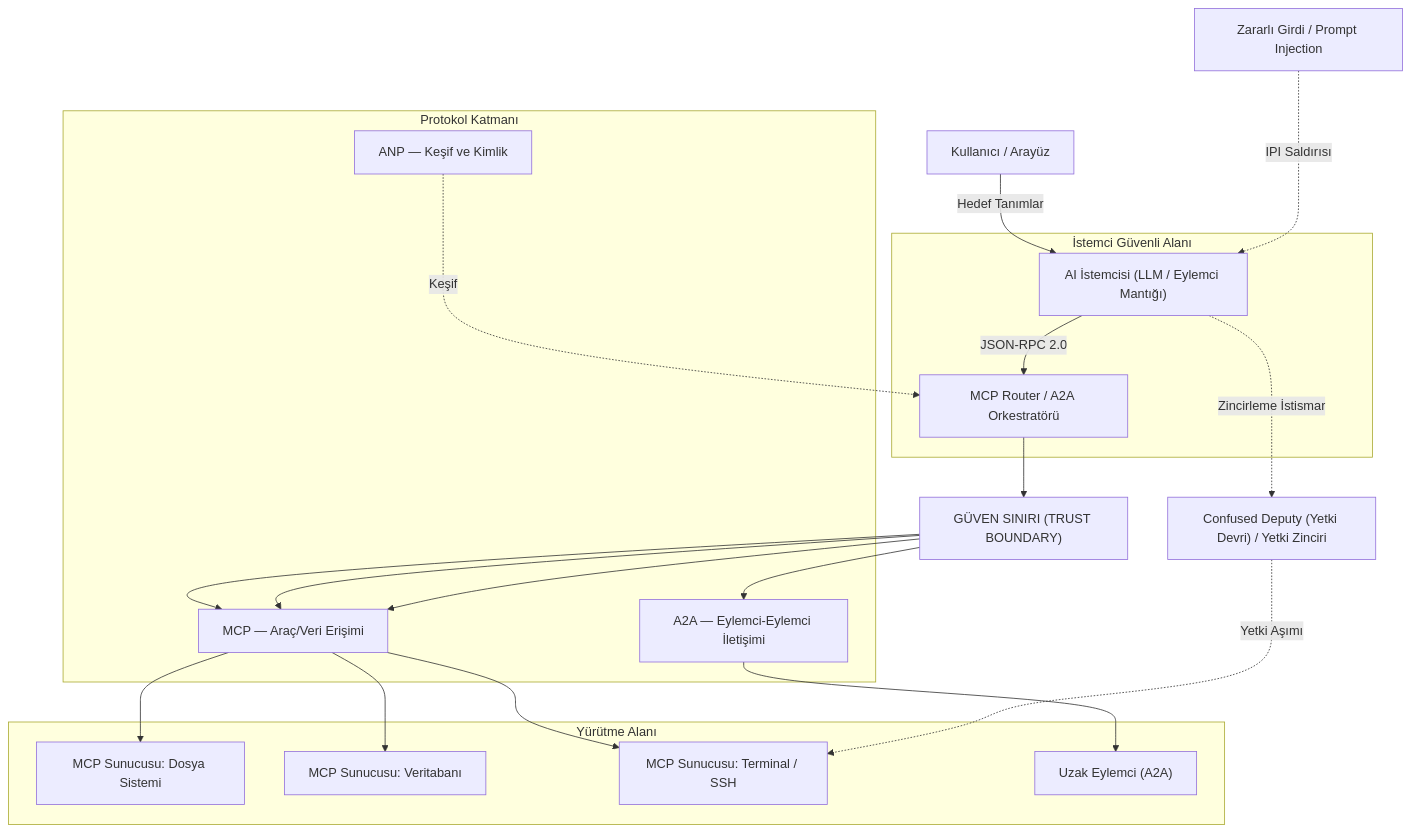
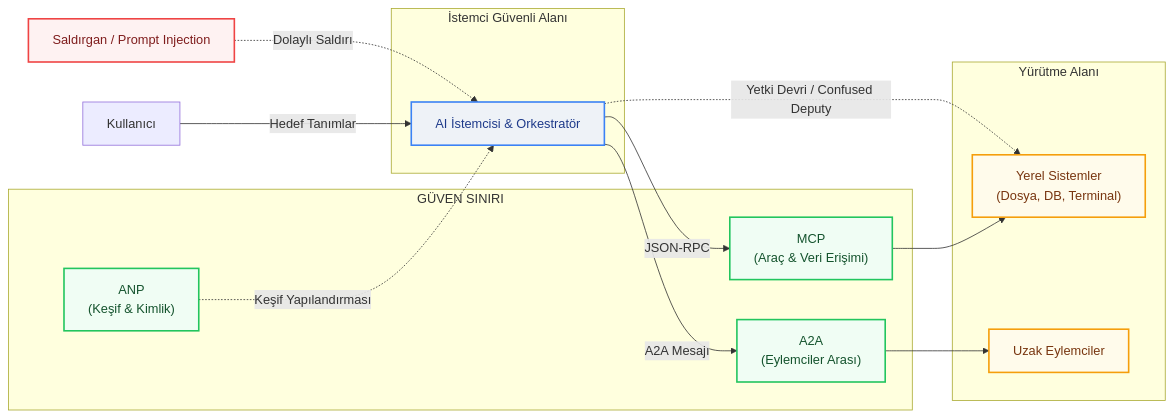
Before and after one commit to yusufarbc/yusufarbc: the first of 3 diagrams in website/content/agentic-ai-protocols-security-vulnerabilities/tr.md, drawn with Mermaid. The commit also changed other lines of this file and 1 other file, not shown here.

````diff
--- a/website/content/agentic-ai-protocols-security-vulnerabilities/tr.md
+++ b/website/content/agentic-ai-protocols-security-vulnerabilities/tr.md
@@ -21,40 +21,46 @@
 ```mermaid
-graph TD
-    User[Kullanıcı / Arayüz]
+graph LR
+    %% Stil Tanımları
+    classDef client fill:#eef2f7,stroke:#3b82f6,stroke-width:2px,color:#1e3a8a;
+    classDef protocol fill:#f0fdf4,stroke:#22c55e,stroke-width:2px,color:#14532d;
+    classDef target fill:#fffbeb,stroke:#f59e0b,stroke-width:2px,color:#78350f;
+    classDef threat fill:#fef2f2,stroke:#ef4444,stroke-width:2px,color:#7f1d1d;
 
+    User[Kullanıcı] -->|Hedef Tanımlar| Client
+    Attacker[Saldırgan / Prompt Injection] -.->|Dolaylı Saldırı| Client
+
+    %% İstemci Alanı (Güvenli)
     subgraph ClientZone [İstemci Güvenli Alanı]
-        Client["AI İstemcisi (LLM / Eylemci Mantığı)"]
-        Router["MCP Router / A2A Orkestratörü"]
+        Client["AI İstemcisi & Orkestratör"]
     end
 
-    TB["GÜVEN SINIRI (TRUST BOUNDARY)"]
-
-    subgraph ProtocolLayer [Protokol Katmanı]
-        MCP["MCP — Araç/Veri Erişimi"]
-        A2A["A2A — Eylemci-Eylemci İletişimi"]
-        ANP["ANP — Keşif ve Kimlik"]
+    %% Protokol / Güven Sınırı Katmanı
+    subgraph TrustBoundary [GÜVEN SINIRI]
+        MCP["MCP <br>(Araç & Veri Erişimi)"]
+        A2A["A2A <br>(Eylemciler Arası)"]
+        ANP["ANP <br>(Keşif & Kimlik)"]
     end
 
+    %% Hedef Yürütme Katmanı
     subgraph TargetZone [Yürütme Alanı]
-        S_Env["MCP Sunucusu: Dosya Sistemi"]
-        S_Db["MCP Sunucusu: Veritabanı"]
-        S_Term["MCP Sunucusu: Terminal / SSH"]
-        RemoteAgent["Uzak Eylemci (A2A)"]
+        S_System["Yerel Sistemler <br>(Dosya, DB, Terminal)"]
+        RemoteAgent["Uzak Eylemciler"]
     end
 
-    Attacker["Zararlı Girdi / Prompt Injection"]
-    Confused["Confused Deputy (Yetki Devri) / Yetki Zinciri"]
+    %% Sınıf Atamaları
+    class Client client;
+    class MCP,A2A,ANP protocol;
+    class S_System,RemoteAgent target;
+    class Attacker threat;
 
-    User -->|Hedef Tanımlar| Client
-    Client -->|JSON-RPC 2.0| Router
-    Router --> TB
-    TB --> MCP --> S_Env
-    TB --> MCP --> S_Db
-    TB --> MCP --> S_Term
-    TB --> A2A --> RemoteAgent
-    ANP -..->|Keşif| Router
+    %% Bağlantılar
+    Client -->|JSON-RPC| MCP
+    Client -->|A2A Mesajı| A2A
+    ANP -.->|Keşif Yapılandırması| Client
 
-    Attacker -..->|IPI Saldırısı| Client
-    Client -..->|Zincirleme İstismar| Confused
-    Confused -..->|Yetki Aşımı| S_Term
+    MCP --> S_System
+    A2A --> RemoteAgent
+
+    %% Tehdit Akışı
+    Client -.->|Yetki Devri / Confused Deputy| S_System
 ```
````
